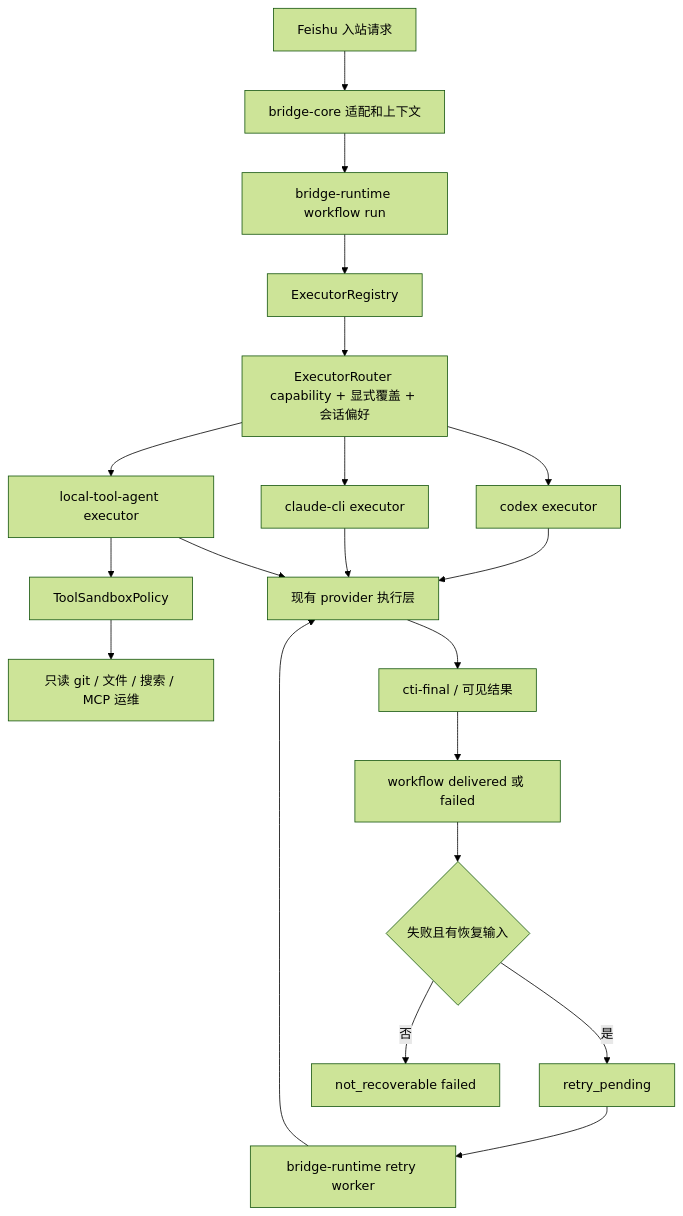
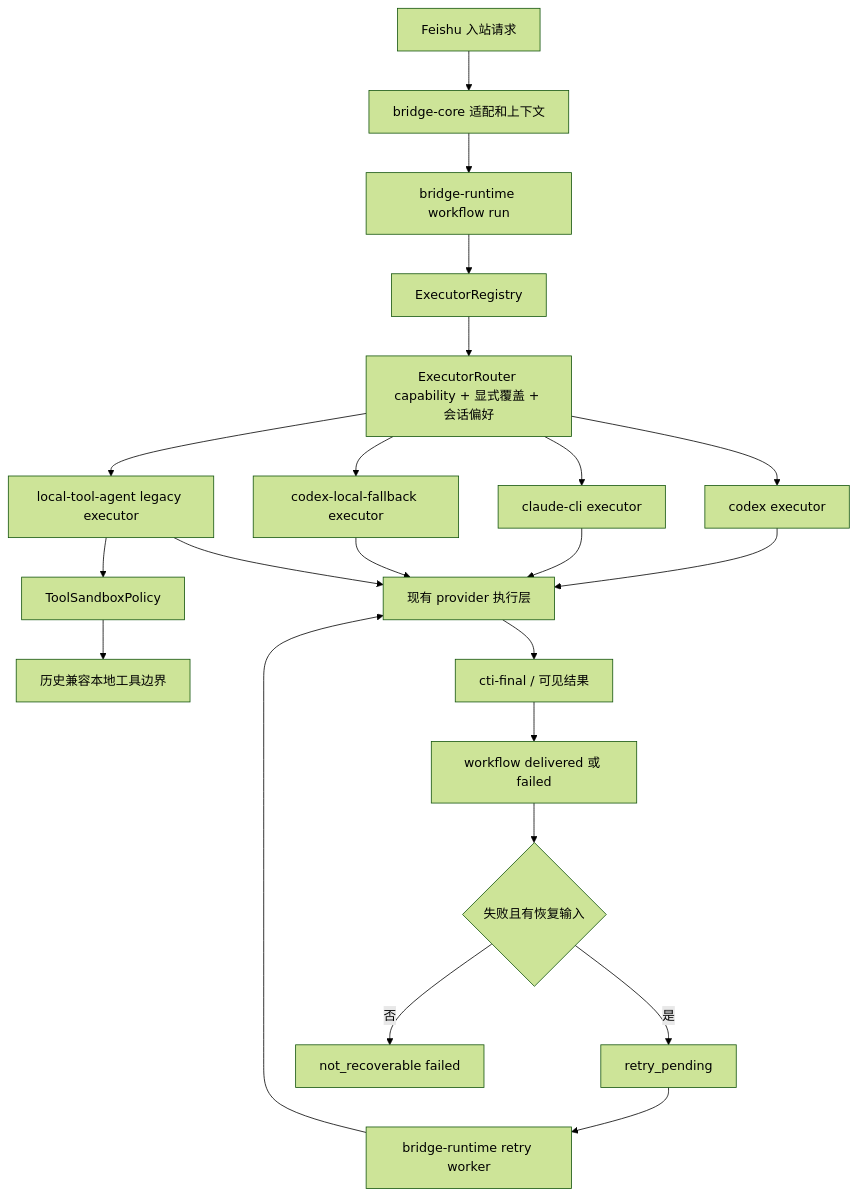
Before and after one commit to dddfuxi/codex-im-suite: the fifth of 8 diagrams in docs/PROJECT-ARCHITECTURE.md, drawn with Mermaid (forest theme). The commit also changed other lines of this file and 114 other files, not shown here.

````diff
--- a/docs/PROJECT-ARCHITECTURE.md
+++ b/docs/PROJECT-ARCHITECTURE.md
@@ -207,22 +220,24 @@
 ```mermaid
 flowchart TD
   Inbound[Feishu 入站请求] --> CoreAdapter[bridge-core 适配和上下文]
   CoreAdapter --> Workflow[bridge-runtime workflow run]
   Workflow --> Registry[ExecutorRegistry]
   Registry --> Router[ExecutorRouter capability + 显式覆盖 + 会话偏好]
   Router --> CodexExecutor[codex executor]
   Router --> ClaudeExecutor[claude-cli executor]
-  Router --> LocalAgentExecutor[local-tool-agent executor]
+  Router --> LocalFallbackExecutor[codex-local-fallback executor]
+  Router --> LocalAgentExecutor[local-tool-agent legacy executor]
   LocalAgentExecutor --> Sandbox[ToolSandboxPolicy]
-  Sandbox --> LocalTools[只读 git / 文件 / 搜索 / MCP 运维]
+  Sandbox --> LocalTools[历史兼容本地工具边界]
   CodexExecutor --> Provider[现有 provider 执行层]
   ClaudeExecutor --> Provider
+  LocalFallbackExecutor --> Provider
   LocalAgentExecutor --> Provider
   Provider --> FinalResponse[cti-final / 可见结果]
   FinalResponse --> WorkflowDone[workflow delivered 或 failed]
   WorkflowDone --> RetryState{失败且有恢复输入}
   RetryState -->|是| RetryQueue[retry_pending]
   RetryQueue --> RetryWorker[bridge-runtime retry worker]
   RetryWorker --> Provider
   RetryState -->|否| NotRecoverable[not_recoverable failed]
 ```
````
